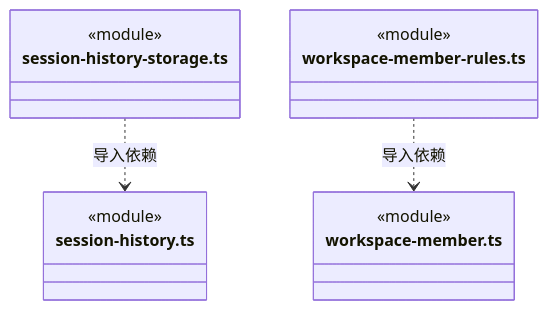
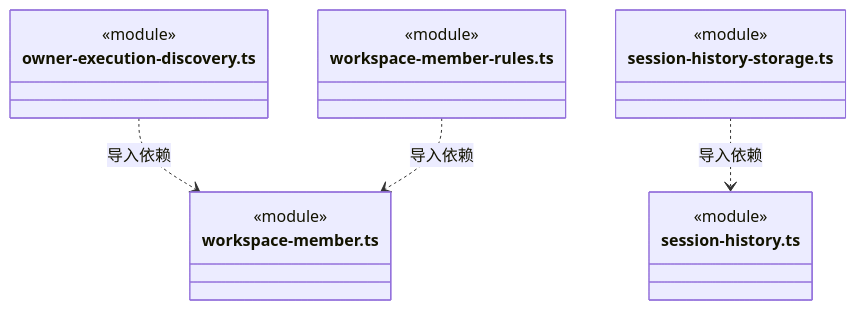
Before and after one commit to nan023062/cbim: diagram 26 of 27 in src/backend/core/team/ARCHITECTURE.md, drawn with Mermaid. The commit also changed other lines of this file and 224 other files, not shown here.

````diff
--- a/src/backend/core/team/ARCHITECTURE.md
+++ b/src/backend/core/team/ARCHITECTURE.md
@@ -514,17 +633,21 @@
 ```mermaid
 classDiagram
+class N_src_backend_core_team_owner_execution_discovery_ts["owner-execution-discovery.ts"] {
+  <<module>>
+}
+class N_src_backend_core_team_workspace_member_ts["workspace-member.ts"] {
+  <<module>>
+}
 class N_src_backend_core_team_session_history_storage_ts["session-history-storage.ts"] {
   <<module>>
 }
 class N_src_backend_core_team_session_history_ts["session-history.ts"] {
   <<module>>
 }
 class N_src_backend_core_team_workspace_member_rules_ts["workspace-member-rules.ts"] {
   <<module>>
 }
-class N_src_backend_core_team_workspace_member_ts["workspace-member.ts"] {
-  <<module>>
-}
+N_src_backend_core_team_owner_execution_discovery_ts ..> N_src_backend_core_team_workspace_member_ts : 导入依赖
 N_src_backend_core_team_session_history_storage_ts ..> N_src_backend_core_team_session_history_ts : 导入依赖
 N_src_backend_core_team_workspace_member_rules_ts ..> N_src_backend_core_team_workspace_member_ts : 导入依赖
 ```
````
